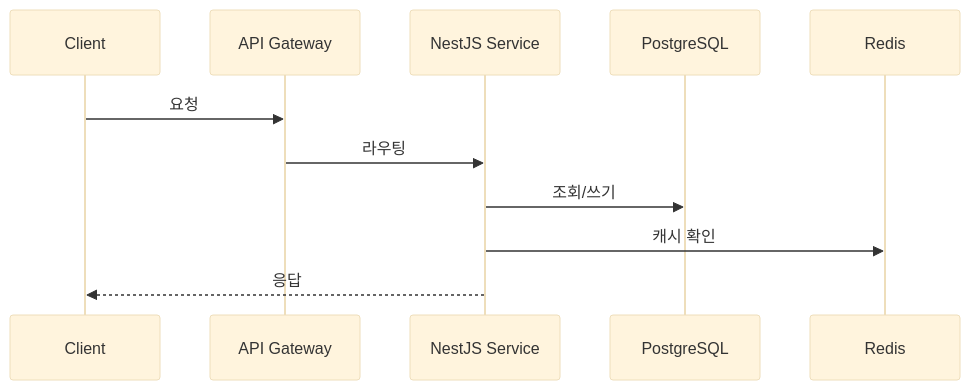
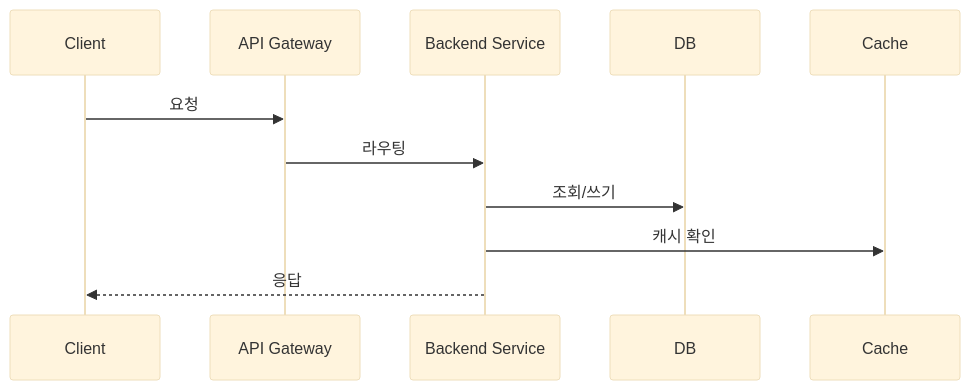
The diagram in docs/01-architecture/02-system-logic/data-flow-overview.md (flow-awsome/SuperDocs), drawn with Mermaid (base theme) before and after one commit. The commit also changed other lines of this file and 29 other files, not shown here.

````diff
--- a/docs/01-architecture/02-system-logic/data-flow-overview.md
+++ b/docs/01-architecture/02-system-logic/data-flow-overview.md
@@ -5,8 +5,8 @@
 ```mermaid
 sequenceDiagram
   Client->>API Gateway: 요청
-  API Gateway->>NestJS Service: 라우팅
-  NestJS Service->>PostgreSQL: 조회/쓰기
-  NestJS Service->>Redis: 캐시 확인
-  NestJS Service-->>Client: 응답
+  API Gateway->>Backend Service: 라우팅
+  Backend Service->>DB: 조회/쓰기
+  Backend Service->>Cache: 캐시 확인
+  Backend Service-->>Client: 응답
 ```
````
